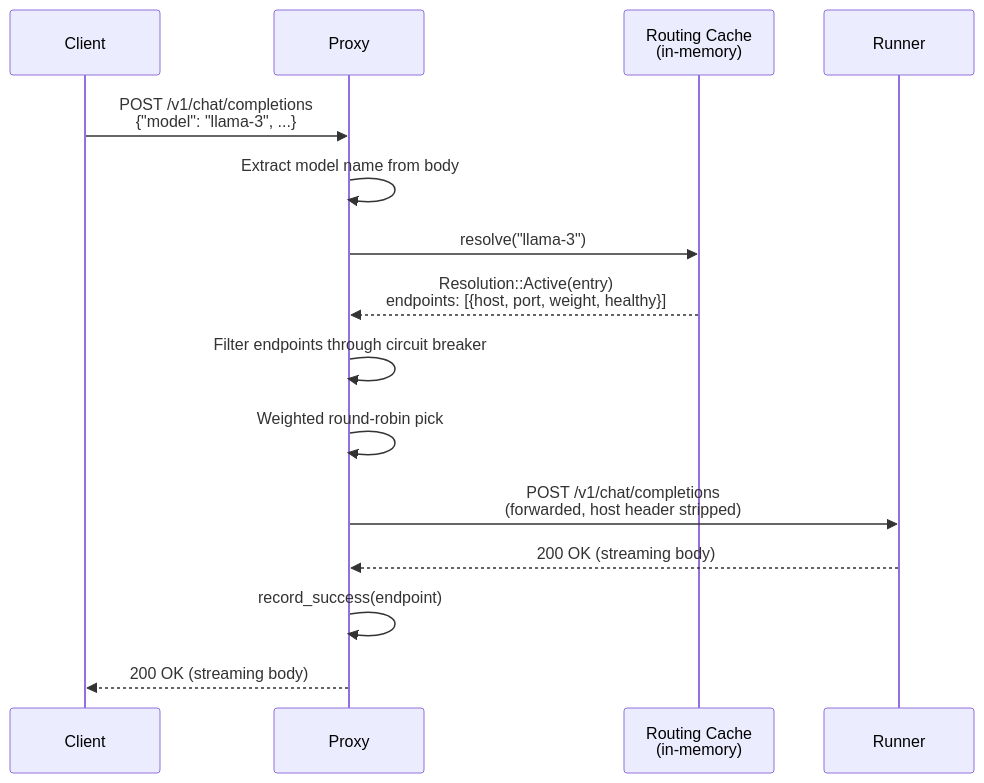
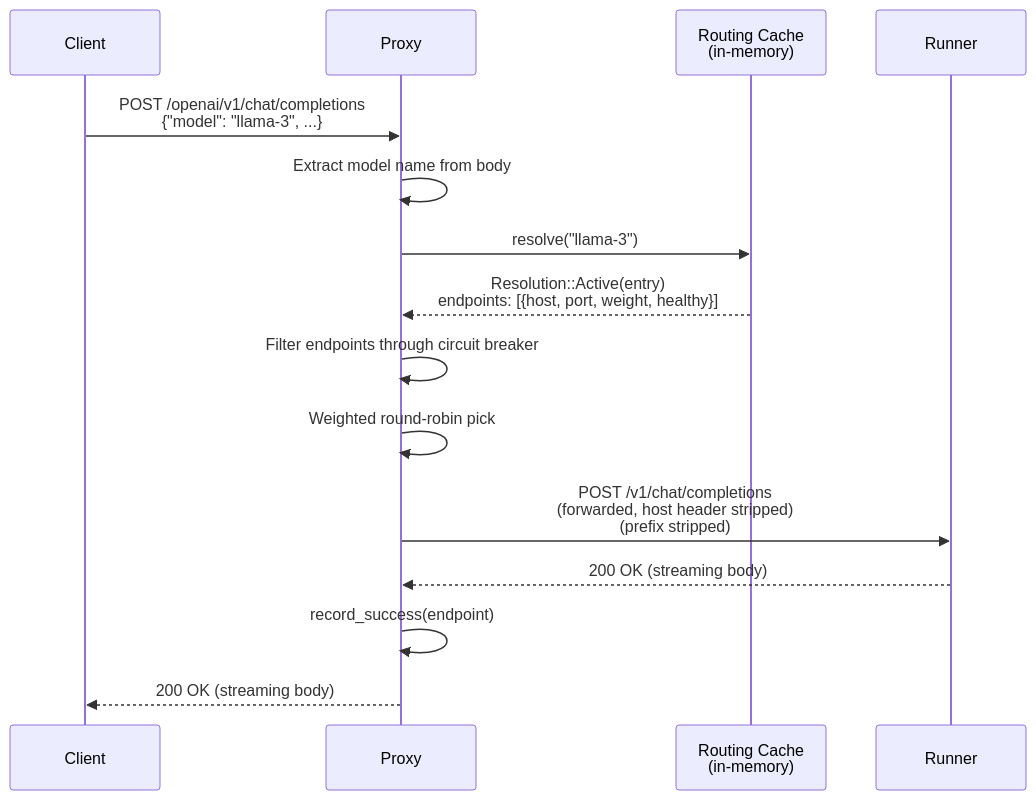
One commit to rh-aiservices-bu/school-of-sardeenz changed the first of 4 diagrams in docs/architecture/components/proxy.md. Above: the diagram before and after it, drawn with Mermaid. The commit also changed other lines of this file and 124 other files, not shown here.

First line of the commit message:
feat(runners,proxy,control-plane): MLServer engine runner and protocol-family proxy surface (#125)

````diff
--- a/docs/architecture/components/proxy.md
+++ b/docs/architecture/components/proxy.md
@@ -49,20 +71,20 @@
 ```mermaid
 sequenceDiagram
     participant Client
     participant Proxy
     participant Cache as Routing Cache<br/>(in-memory)
     participant Runner
 
-    Client->>Proxy: POST /v1/chat/completions<br/>{"model": "llama-3", ...}
+    Client->>Proxy: POST /openai/v1/chat/completions<br/>{"model": "llama-3", ...}
     Proxy->>Proxy: Extract model name from body
     Proxy->>Cache: resolve("llama-3")
     Cache-->>Proxy: Resolution::Active(entry)<br/>endpoints: [{host, port, weight, healthy}]
 
     Proxy->>Proxy: Filter endpoints through circuit breaker
     Proxy->>Proxy: Weighted round-robin pick
 
-    Proxy->>Runner: POST /v1/chat/completions<br/>(forwarded, host header stripped)
+    Proxy->>Runner: POST /v1/chat/completions<br/>(forwarded, host header stripped)<br/>(prefix stripped)
     Runner-->>Proxy: 200 OK (streaming body)
     Proxy->>Proxy: record_success(endpoint)
     Proxy-->>Client: 200 OK (streaming body)
 ```
````
